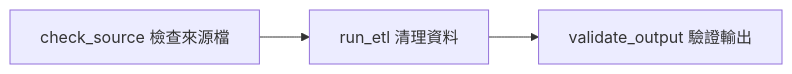
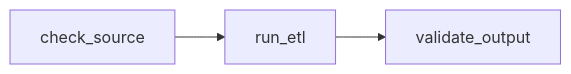
One commit to mofanchang/LLM-Powered-Copywriting-Diagnosis-Hot-Seller-Prediction-for-E-Commerce changed the second of 2 diagrams in docs/project4_orders_etl_airflow.md. Above: the diagram before and after it, drawn with Mermaid. The commit also changed other lines of this file, not shown here.

````diff
--- a/docs/project4_orders_etl_airflow.md
+++ b/docs/project4_orders_etl_airflow.md
@@ -74,5 +100,4 @@
 ```mermaid
 flowchart LR
-    A["check_source 檢查來源檔"] --> B["run_etl 清理資料"]
-    B --> C["validate_output 驗證輸出"]
+    A["check_source"] --> B["run_etl"] --> C["validate_output"]
 ```
````
